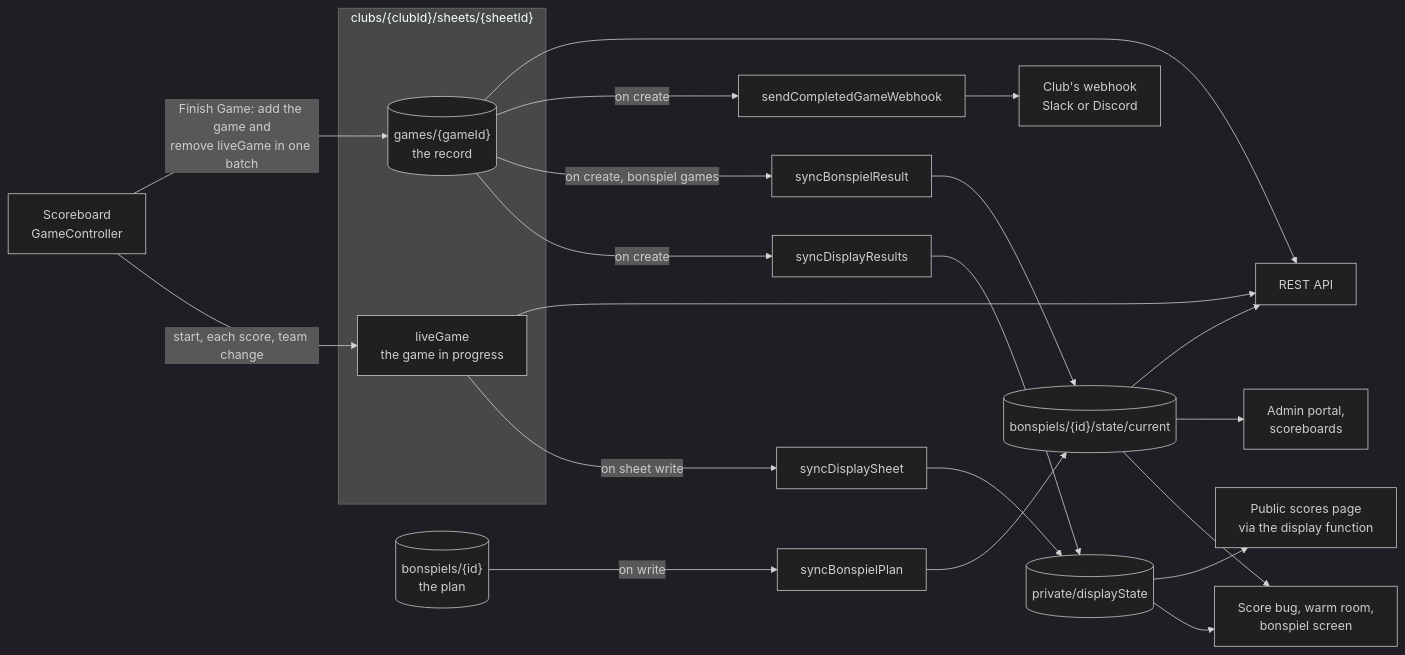
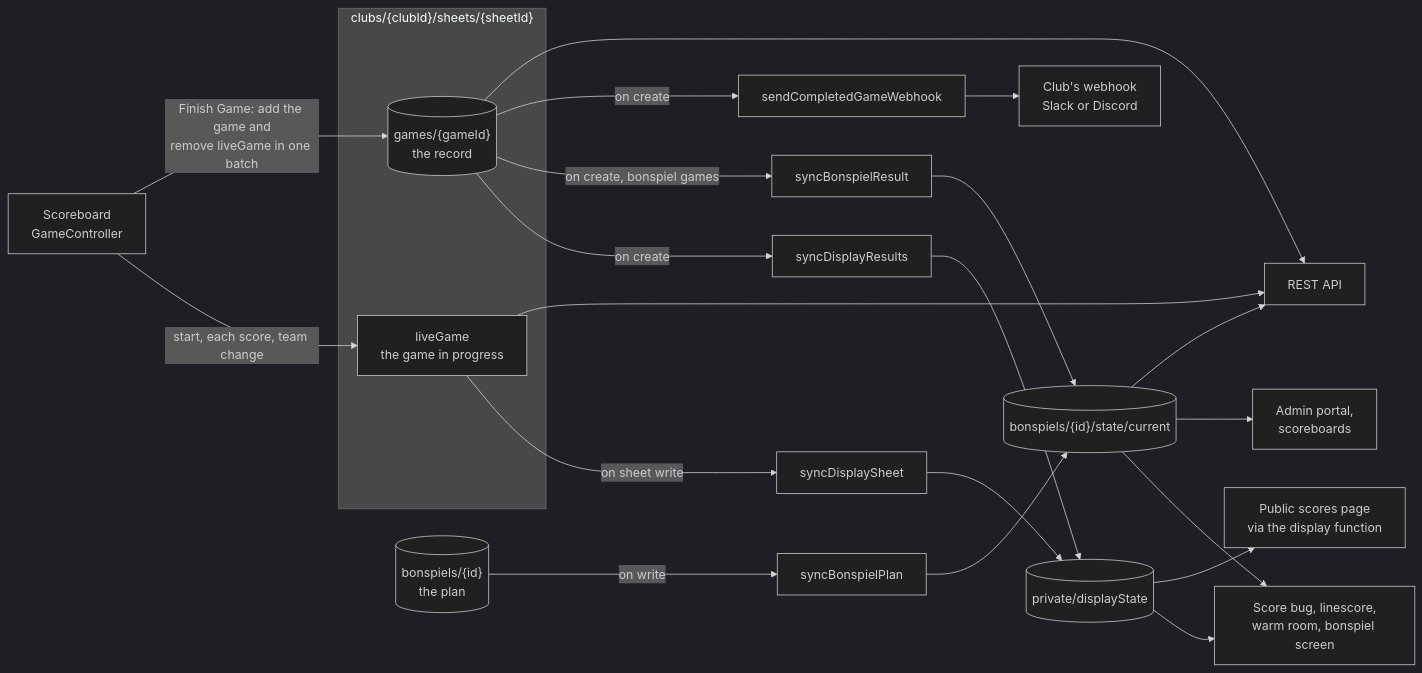
One commit to CloudgateStudios/curling_scoreboard changed the second of 2 diagrams in docs/ARCHITECTURE.md. Above: the diagram before and after it, drawn with Mermaid (dark theme). The commit also changed other lines of this file and 26 other files, not shown here.

````diff
--- a/docs/ARCHITECTURE.md
+++ b/docs/ARCHITECTURE.md
@@ -116,32 +116,32 @@
 ```mermaid
 flowchart LR
   GC["Scoreboard<br/>GameController"]
 
   subgraph sheet["clubs/{clubId}/sheets/{sheetId}"]
     LG["liveGame<br/>the game in progress"]
     GD[("games/{gameId}<br/>the record")]
   end
 
   GC -- "start, each score, team change" --> LG
   GC -- "Finish Game: add the game and<br/>remove liveGame in one batch" --> GD
 
   LG -- "on sheet write" --> T1["syncDisplaySheet"]
   GD -- "on create" --> T2["syncDisplayResults"]
   GD -- "on create, bonspiel games" --> T3["syncBonspielResult"]
   GD -- "on create" --> T4["sendCompletedGameWebhook"]
 
   T1 --> DS[("private/displayState")]
   T2 --> DS
   T3 --> BS[("bonspiels/{id}/state/current")]
   BP[("bonspiels/{id}<br/>the plan")] -- "on write" --> T5["syncBonspielPlan"]
   T5 --> BS
   T4 --> WH["Club's webhook<br/>Slack or Discord"]
 
-  DS --> SCR["Score bug, warm room,<br/>bonspiel screen"]
+  DS --> SCR["Score bug, linescore,<br/>warm room, bonspiel screen"]
   DS --> PUB["Public scores page<br/>via the display function"]
   BS --> SCR
   BS --> PORTAL["Admin portal,<br/>scoreboards"]
   LG --> REST_API["REST API"]
   GD --> REST_API
   BS --> REST_API
 ```
````
